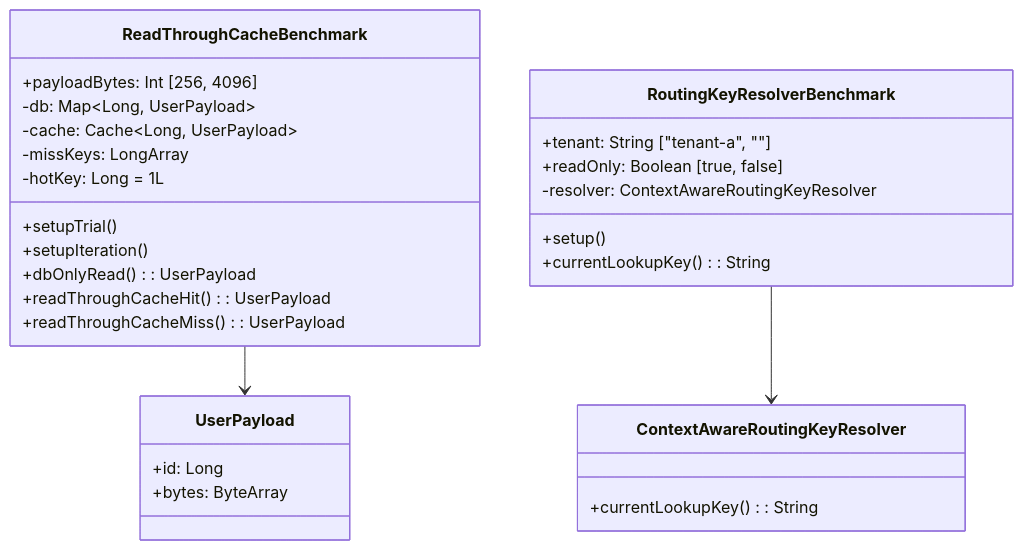
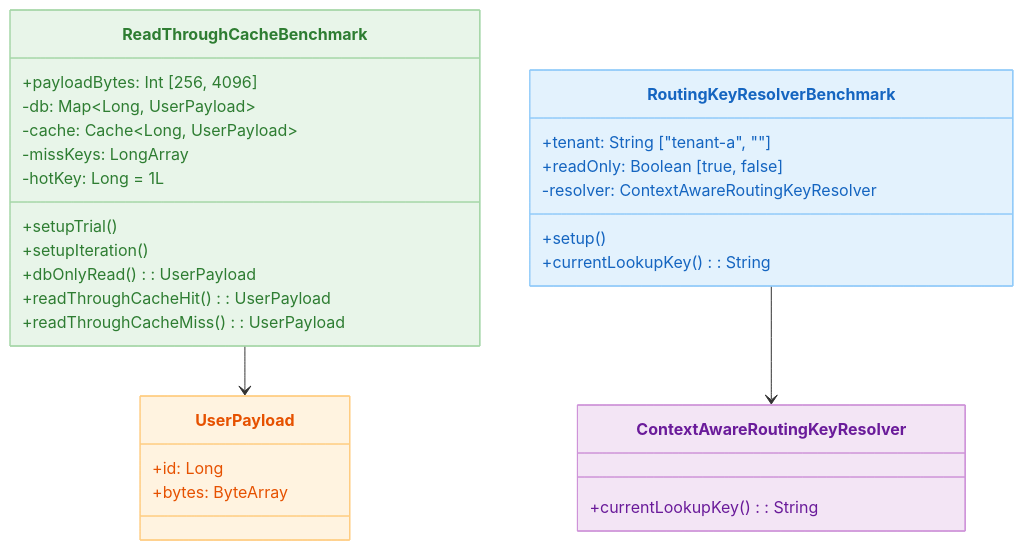
Before and after one commit to bluetape4k/exposed-workshop: the third of 4 diagrams in 11-high-performance/04-benchmark/README.md, drawn with Mermaid. The commit also changed other lines of this file and 56 other files, not shown here.

First line of the commit message:
docs: 전체 README mermaid 다이어그램에 파스텔 톤 색상 적용

````diff
--- a/11-high-performance/04-benchmark/README.md
+++ b/11-high-performance/04-benchmark/README.md
@@ -115,35 +125,40 @@
 ```mermaid
 classDiagram
     class ReadThroughCacheBenchmark {
         +payloadBytes: Int [256, 4096]
         -db: Map~Long, UserPayload~
         -cache: Cache~Long, UserPayload~
         -missKeys: LongArray
         -hotKey: Long = 1L
         +setupTrial()
         +setupIteration()
         +dbOnlyRead(): UserPayload
         +readThroughCacheHit(): UserPayload
         +readThroughCacheMiss(): UserPayload
     }
 
     class RoutingKeyResolverBenchmark {
         +tenant: String ["tenant-a", ""]
         +readOnly: Boolean [true, false]
         -resolver: ContextAwareRoutingKeyResolver
         +setup()
         +currentLookupKey(): String
     }
 
     class UserPayload {
         +id: Long
         +bytes: ByteArray
     }
 
     class ContextAwareRoutingKeyResolver {
         +currentLookupKey(): String
     }
 
     ReadThroughCacheBenchmark --> UserPayload
     RoutingKeyResolverBenchmark --> ContextAwareRoutingKeyResolver
+
+    style ReadThroughCacheBenchmark fill:#E8F5E9,stroke:#A5D6A7,color:#2E7D32
+    style RoutingKeyResolverBenchmark fill:#E3F2FD,stroke:#90CAF9,color:#1565C0
+    style UserPayload fill:#FFF3E0,stroke:#FFCC80,color:#E65100
+    style ContextAwareRoutingKeyResolver fill:#F3E5F5,stroke:#CE93D8,color:#6A1B9A
 ```
````
